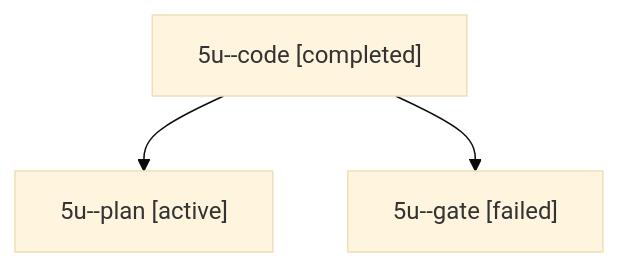
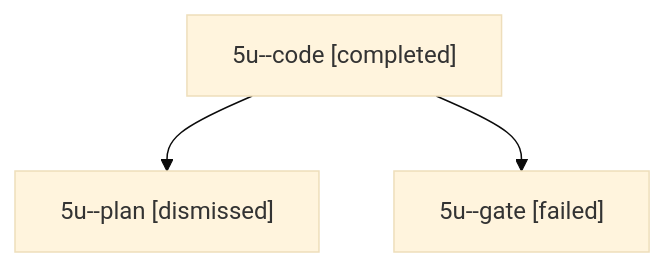
One commit to bobs-org/bob-cli--agents changed the diagram in sessions/bbugyi200.apollo.5u.md. Above: the diagram before and after it, drawn with Mermaid (base theme). The commit also changed other lines of this file and 5 other files, not shown here.

````diff
--- a/sessions/bbugyi200.apollo.5u.md
+++ b/sessions/bbugyi200.apollo.5u.md
@@ -9,8 +9,8 @@
 ```mermaid
 flowchart TD
   n0["5u--code [completed]"]
-  n1["5u--plan [active]"]
+  n1["5u--plan [dismissed]"]
   n0 --> n1
   n2["5u--gate [failed]"]
   n0 --> n2
 ```
````
